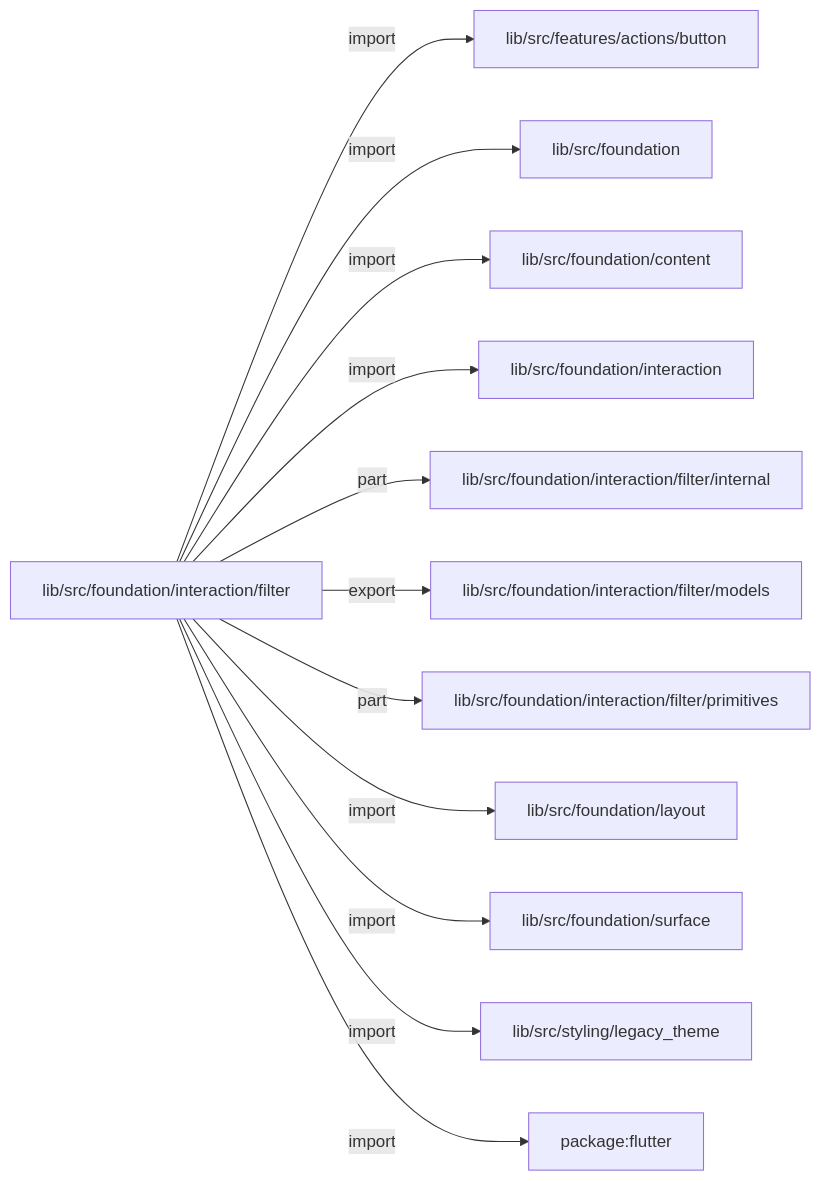
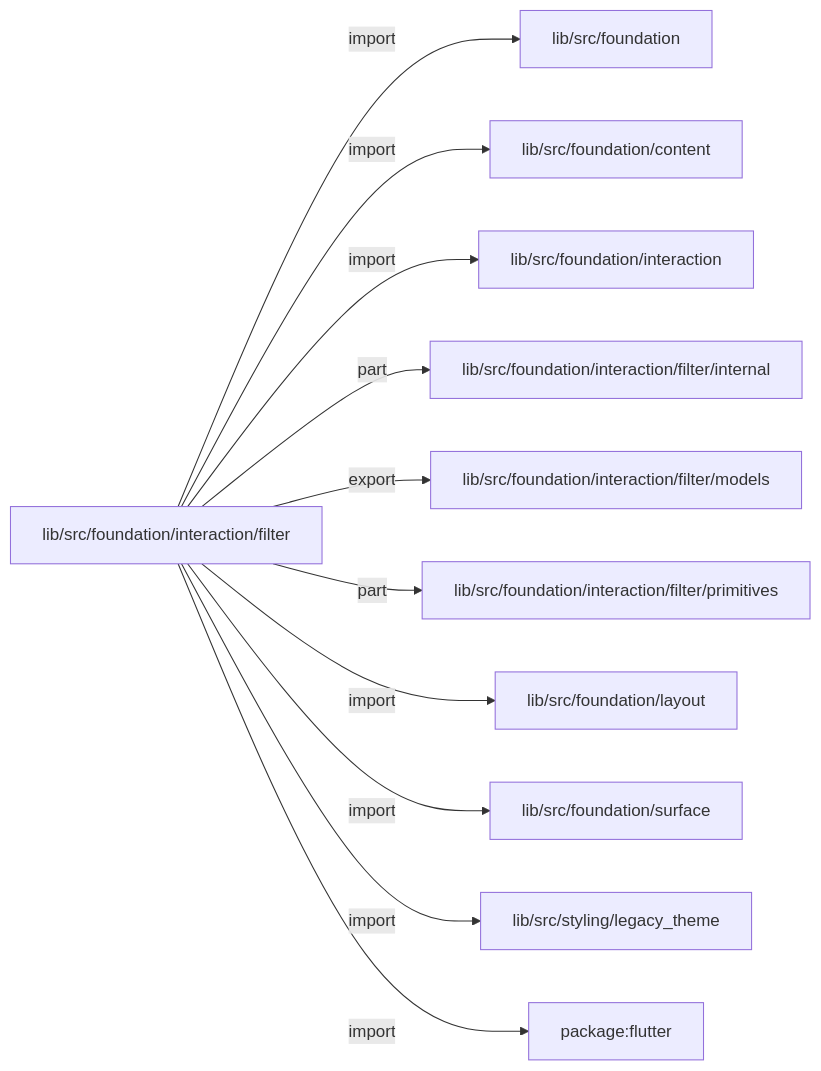
One commit to MiuDog/Kallopis changed the first of 2 diagrams in docs/architecture/src/foundation/interaction/filter/README.md. Above: the diagram before and after it, drawn with Mermaid. The commit also changed other lines of this file and 9688 other files, not shown here.

Commit message:
Prepare isolated Flow F2 peer baseline

````diff
--- a/docs/architecture/src/foundation/interaction/filter/README.md
+++ b/docs/architecture/src/foundation/interaction/filter/README.md
@@ -13,26 +13,24 @@
 ```mermaid
 flowchart LR
 	n0["lib/src/foundation/interaction/filter"]
-	n1["lib/src/features/actions/button"]
-	n2["lib/src/foundation"]
-	n3["lib/src/foundation/content"]
-	n4["lib/src/foundation/interaction"]
-	n5["lib/src/foundation/interaction/filter/internal"]
-	n6["lib/src/foundation/interaction/filter/models"]
-	n7["lib/src/foundation/interaction/filter/primitives"]
-	n8["lib/src/foundation/layout"]
-	n9["lib/src/foundation/surface"]
-	n10["lib/src/styling/legacy_theme"]
-	n11["package:flutter"]
+	n1["lib/src/foundation"]
+	n2["lib/src/foundation/content"]
+	n3["lib/src/foundation/interaction"]
+	n4["lib/src/foundation/interaction/filter/internal"]
+	n5["lib/src/foundation/interaction/filter/models"]
+	n6["lib/src/foundation/interaction/filter/primitives"]
+	n7["lib/src/foundation/layout"]
+	n8["lib/src/foundation/surface"]
+	n9["lib/src/styling/legacy_theme"]
+	n10["package:flutter"]
 	n0 -->|"import"| n1
 	n0 -->|"import"| n2
 	n0 -->|"import"| n3
-	n0 -->|"import"| n4
-	n0 -->|"part"| n5
-	n0 -->|"export"| n6
-	n0 -->|"part"| n7
+	n0 -->|"part"| n4
+	n0 -->|"export"| n5
+	n0 -->|"part"| n6
+	n0 -->|"import"| n7
 	n0 -->|"import"| n8
 	n0 -->|"import"| n9
 	n0 -->|"import"| n10
-	n0 -->|"import"| n11
 ```
````
